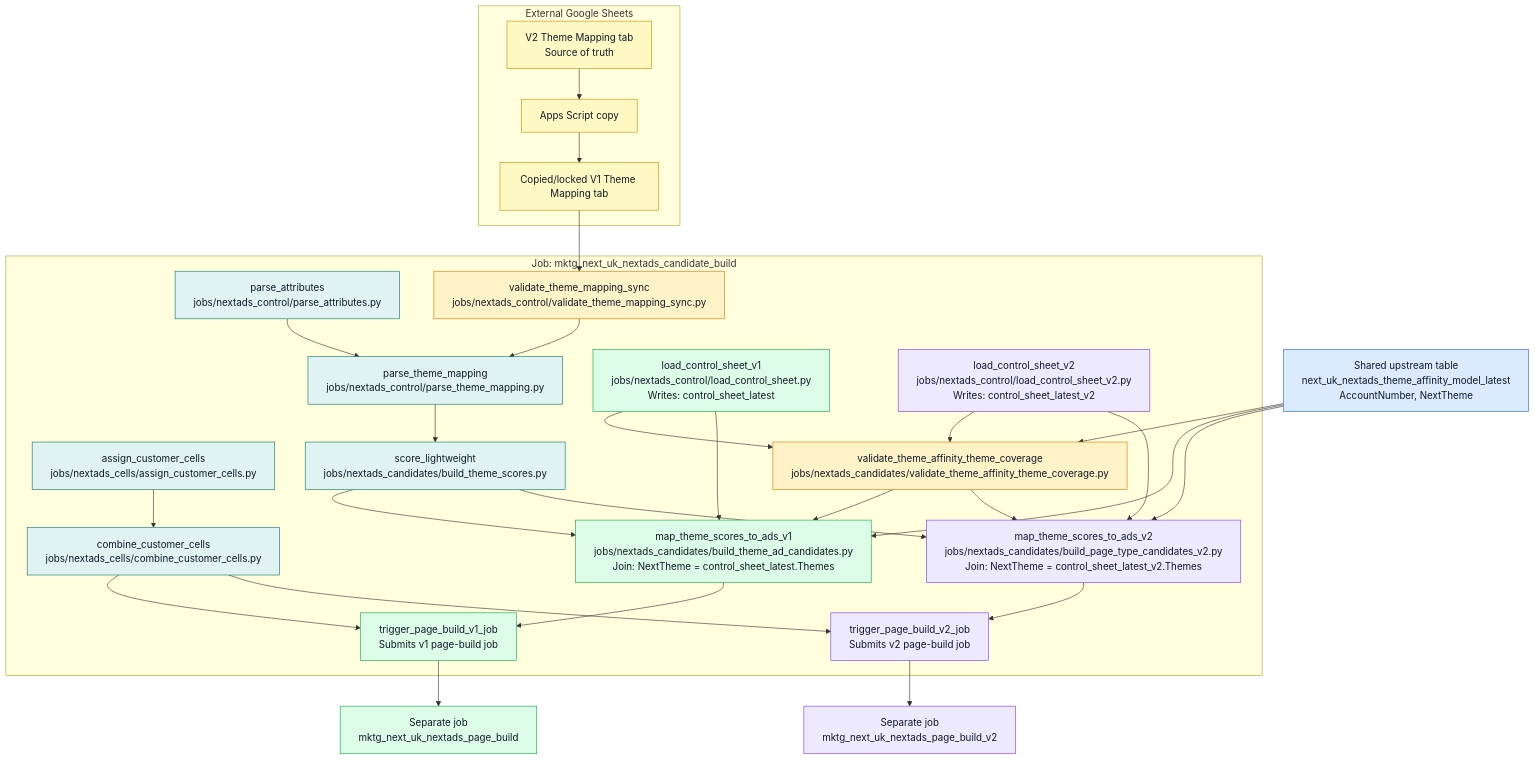
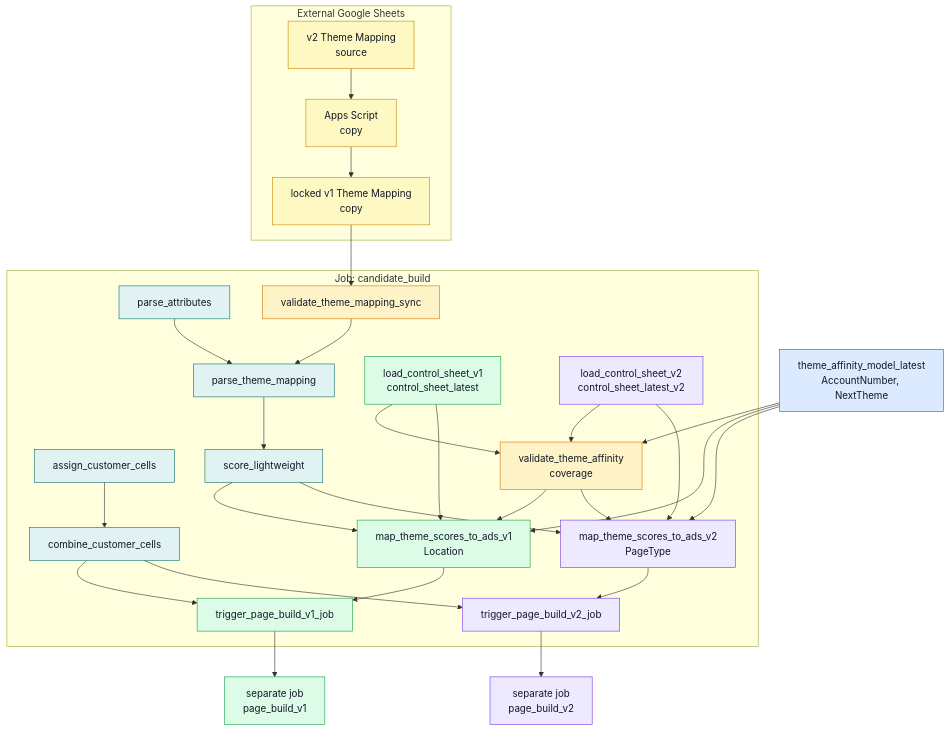
The second of 8 diagrams in docs/CICD/nextads_databricks_runtime_map.md (swblain-glyndwr/personal_project), drawn with Mermaid before and after one commit. The commit also changed other lines of this file and 1 other file, not shown here.

````diff
--- a/docs/CICD/nextads_databricks_runtime_map.md
+++ b/docs/CICD/nextads_databricks_runtime_map.md
@@ -72,56 +72,56 @@
 ```mermaid
 flowchart TD
   classDef sharedModel fill:#dbeafe,stroke:#2563eb,color:#111827
   classDef sharedTask fill:#e0f2f1,stroke:#0f766e,color:#111827
   classDef v1 fill:#dcfce7,stroke:#16a34a,color:#111827
   classDef v2 fill:#ede9fe,stroke:#7c3aed,color:#111827
   classDef guardrail fill:#fef3c7,stroke:#d97706,color:#111827
   classDef external fill:#fef9c3,stroke:#ca8a04,color:#111827
 
   subgraph SHEETS["External Google Sheets"]
-    v2_theme_mapping["V2 Theme Mapping tab\nSource of truth"]:::external
-    app_script["Apps Script copy"]:::external
-    v1_theme_mapping["Copied/locked V1 Theme Mapping tab"]:::external
+    v2_theme_mapping["v2 Theme Mapping<br/>source"]:::external
+    app_script["Apps Script<br/>copy"]:::external
+    v1_theme_mapping["locked v1 Theme Mapping<br/>copy"]:::external
     v2_theme_mapping --> app_script --> v1_theme_mapping
   end
 
-  theme_affinity_latest["Shared upstream table\nnext_uk_nextads_theme_affinity_model_latest\nAccountNumber, NextTheme"]:::sharedModel
+  theme_affinity_latest["theme_affinity_model_latest<br/>AccountNumber, NextTheme"]:::sharedModel
 
-  subgraph CANDIDATE_JOB["Job: mktg_next_uk_nextads_candidate_build"]
-    assign_customer_cells["assign_customer_cells\njobs/nextads_cells/assign_customer_cells.py"]:::sharedTask
-    combine_customer_cells["combine_customer_cells\njobs/nextads_cells/combine_customer_cells.py"]:::sharedTask
-    parse_attributes["parse_attributes\njobs/nextads_control/parse_attributes.py"]:::sharedTask
-    validate_theme_mapping_sync["validate_theme_mapping_sync\njobs/nextads_control/validate_theme_mapping_sync.py"]:::guardrail
-    parse_theme_mapping["parse_theme_mapping\njobs/nextads_control/parse_theme_mapping.py"]:::sharedTask
-    score_lightweight["score_lightweight\njobs/nextads_candidates/build_theme_scores.py"]:::sharedTask
-    load_control_sheet_v1["load_control_sheet_v1\njobs/nextads_control/load_control_sheet.py\nWrites: control_sheet_latest"]:::v1
-    load_control_sheet_v2["load_control_sheet_v2\njobs/nextads_control/load_control_sheet_v2.py\nWrites: control_sheet_latest_v2"]:::v2
-    validate_theme_affinity_theme_coverage["validate_theme_affinity_theme_coverage\njobs/nextads_candidates/validate_theme_affinity_theme_coverage.py"]:::guardrail
-    map_theme_scores_to_ads_v1["map_theme_scores_to_ads_v1\njobs/nextads_candidates/build_theme_ad_candidates.py\nJoin: NextTheme = control_sheet_latest.Themes"]:::v1
-    map_theme_scores_to_ads_v2["map_theme_scores_to_ads_v2\njobs/nextads_candidates/build_page_type_candidates_v2.py\nJoin: NextTheme = control_sheet_latest_v2.Themes"]:::v2
-    trigger_page_build_v1_job["trigger_page_build_v1_job\nSubmits v1 page-build job"]:::v1
-    trigger_page_build_v2_job["trigger_page_build_v2_job\nSubmits v2 page-build job"]:::v2
+  subgraph CANDIDATE_JOB["Job: candidate_build"]
+    assign_customer_cells["assign_customer_cells"]:::sharedTask
+    combine_customer_cells["combine_customer_cells"]:::sharedTask
+    parse_attributes["parse_attributes"]:::sharedTask
+    validate_theme_mapping_sync["validate_theme_mapping_sync"]:::guardrail
+    parse_theme_mapping["parse_theme_mapping"]:::sharedTask
+    score_lightweight["score_lightweight"]:::sharedTask
+    load_control_sheet_v1["load_control_sheet_v1<br/>control_sheet_latest"]:::v1
+    load_control_sheet_v2["load_control_sheet_v2<br/>control_sheet_latest_v2"]:::v2
+    validate_theme_affinity_theme_coverage["validate_theme_affinity<br/>coverage"]:::guardrail
+    map_theme_scores_to_ads_v1["map_theme_scores_to_ads_v1<br/>Location"]:::v1
+    map_theme_scores_to_ads_v2["map_theme_scores_to_ads_v2<br/>PageType"]:::v2
+    trigger_page_build_v1_job["trigger_page_build_v1_job"]:::v1
+    trigger_page_build_v2_job["trigger_page_build_v2_job"]:::v2
   end
 
   assign_customer_cells --> combine_customer_cells
   v1_theme_mapping --> validate_theme_mapping_sync
   validate_theme_mapping_sync --> parse_theme_mapping
   parse_attributes --> parse_theme_mapping --> score_lightweight
   load_control_sheet_v1 --> validate_theme_affinity_theme_coverage
   load_control_sheet_v2 --> validate_theme_affinity_theme_coverage
   theme_affinity_latest --> validate_theme_affinity_theme_coverage
   load_control_sheet_v1 --> map_theme_scores_to_ads_v1
   validate_theme_affinity_theme_coverage --> map_theme_scores_to_ads_v1
   theme_affinity_latest --> map_theme_scores_to_ads_v1
   score_lightweight --> map_theme_scores_to_ads_v1
   load_control_sheet_v2 --> map_theme_scores_to_ads_v2
   validate_theme_affinity_theme_coverage --> map_theme_scores_to_ads_v2
   theme_affinity_latest --> map_theme_scores_to_ads_v2
   score_lightweight --> map_theme_scores_to_ads_v2
   combine_customer_cells --> trigger_page_build_v1_job
   map_theme_scores_to_ads_v1 --> trigger_page_build_v1_job
   combine_customer_cells --> trigger_page_build_v2_job
   map_theme_scores_to_ads_v2 --> trigger_page_build_v2_job
-  trigger_page_build_v1_job --> page_build["Separate job\nmktg_next_uk_nextads_page_build"]:::v1
-  trigger_page_build_v2_job --> page_build_v2["Separate job\nmktg_next_uk_nextads_page_build_v2"]:::v2
+  trigger_page_build_v1_job --> page_build["separate job<br/>page_build_v1"]:::v1
+  trigger_page_build_v2_job --> page_build_v2["separate job<br/>page_build_v2"]:::v2
 ```
````
